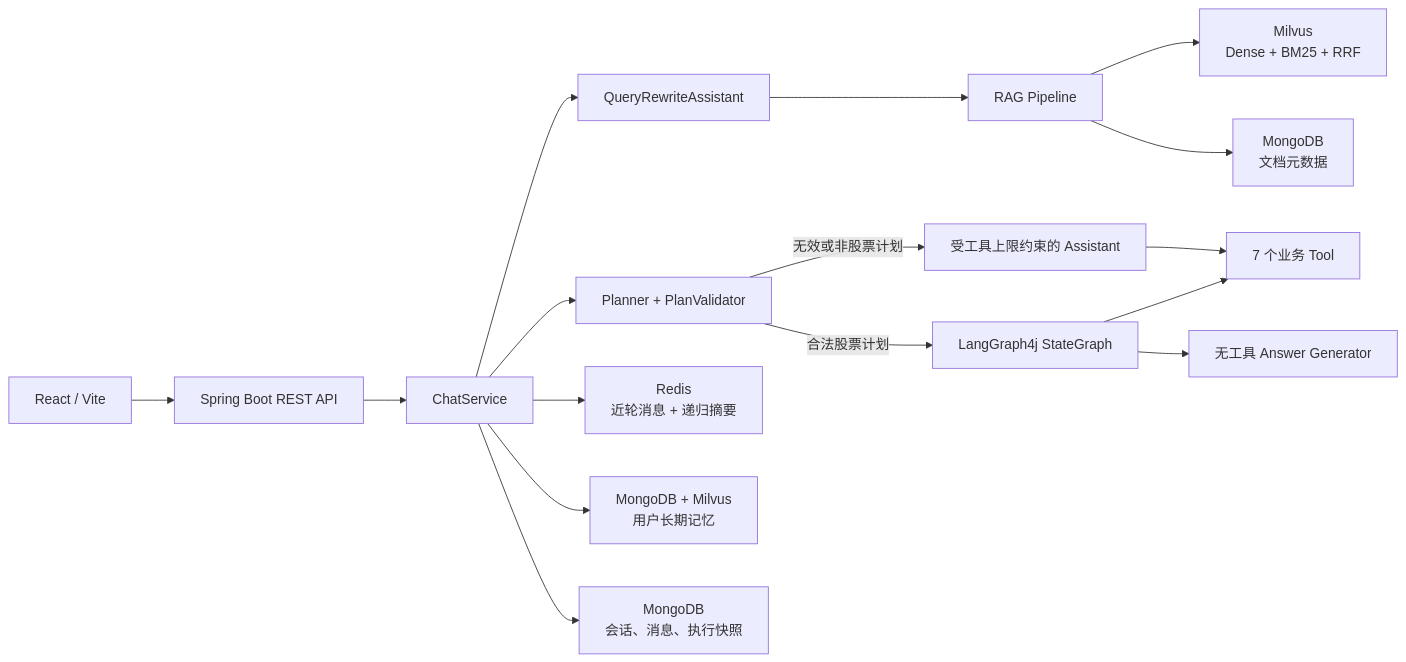
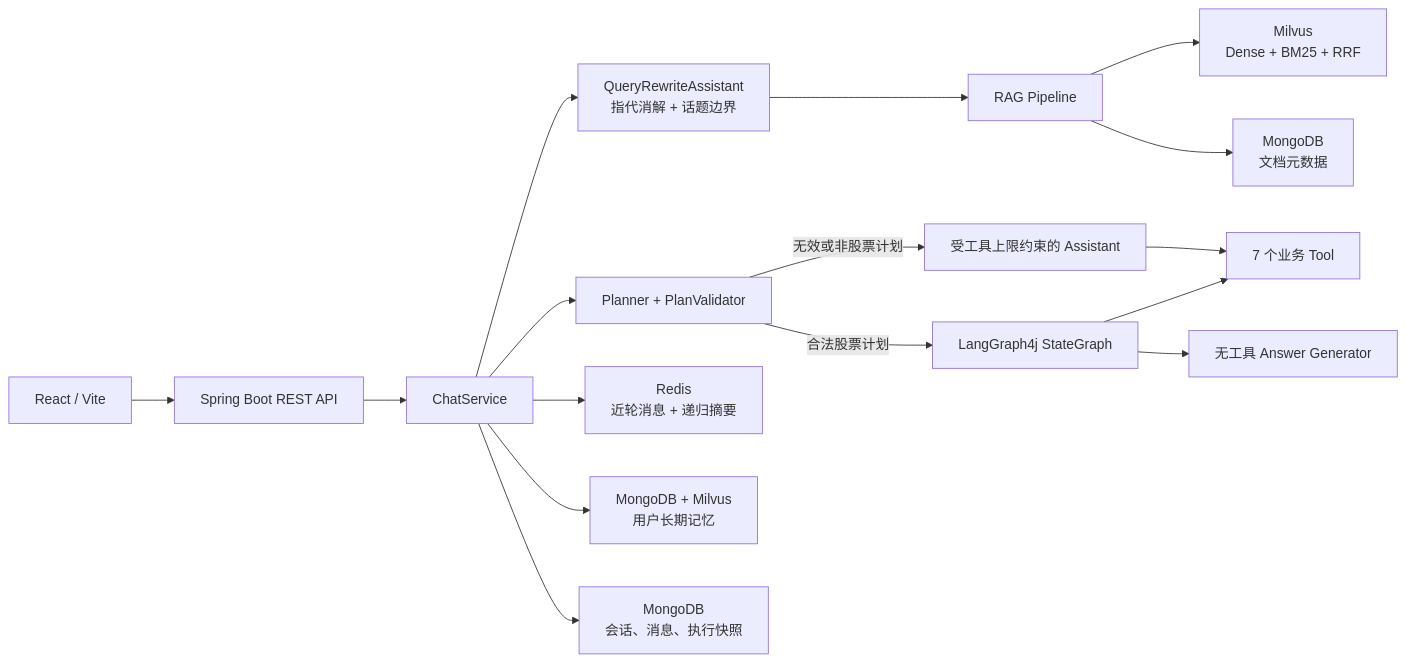
Before and after one commit to LJLExplorer/ai-stock-agent-langchain4j: the first of 5 diagrams in README.md, drawn with Mermaid. The commit also changed other lines of this file and 15 other files, not shown here.

````diff
--- a/README.md
+++ b/README.md
@@ -52,21 +54,21 @@
 ```mermaid
 flowchart LR
     UI["React / Vite"] --> API["Spring Boot REST API"]
     API --> Chat["ChatService"]
 
-    Chat --> Rewrite["QueryRewriteAssistant"]
+    Chat --> Rewrite["QueryRewriteAssistant<br/>指代消解 + 话题边界"]
     Rewrite --> RAG["RAG Pipeline"]
     RAG --> Hybrid["Milvus<br/>Dense + BM25 + RRF"]
     RAG --> Docs["MongoDB<br/>文档元数据"]
 
     Chat --> Planner["Planner + PlanValidator"]
     Planner -->|合法股票计划| Graph["LangGraph4j StateGraph"]
     Planner -->|无效或非股票计划| Agent["受工具上限约束的 Assistant"]
     Graph --> Tools["7 个业务 Tool"]
     Agent --> Tools
     Graph --> Answer["无工具 Answer Generator"]
 
     Chat --> Short["Redis<br/>近轮消息 + 递归摘要"]
     Chat --> Long["MongoDB + Milvus<br/>用户长期记忆"]
     Chat --> History["MongoDB<br/>会话、消息、执行快照"]
 ```
````
